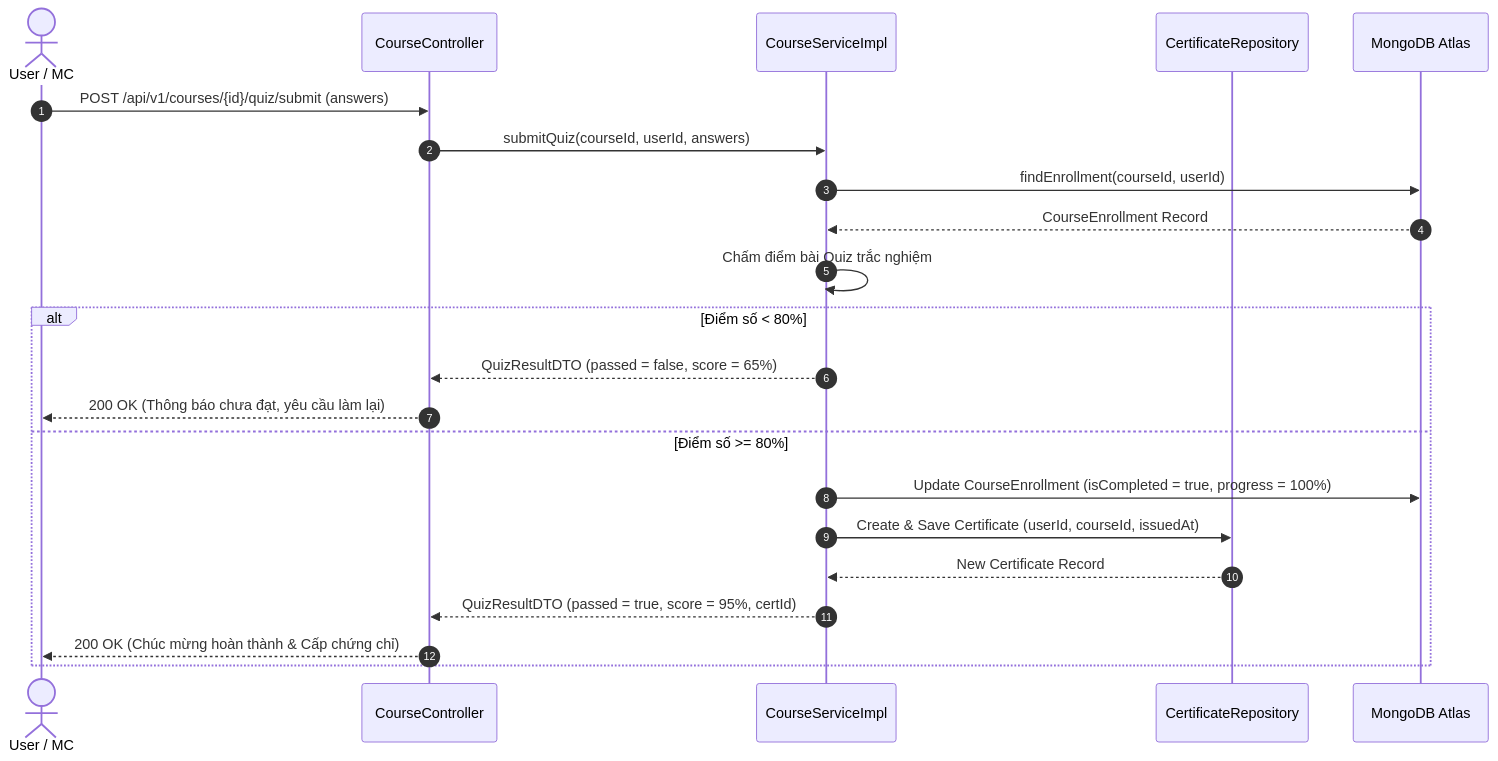
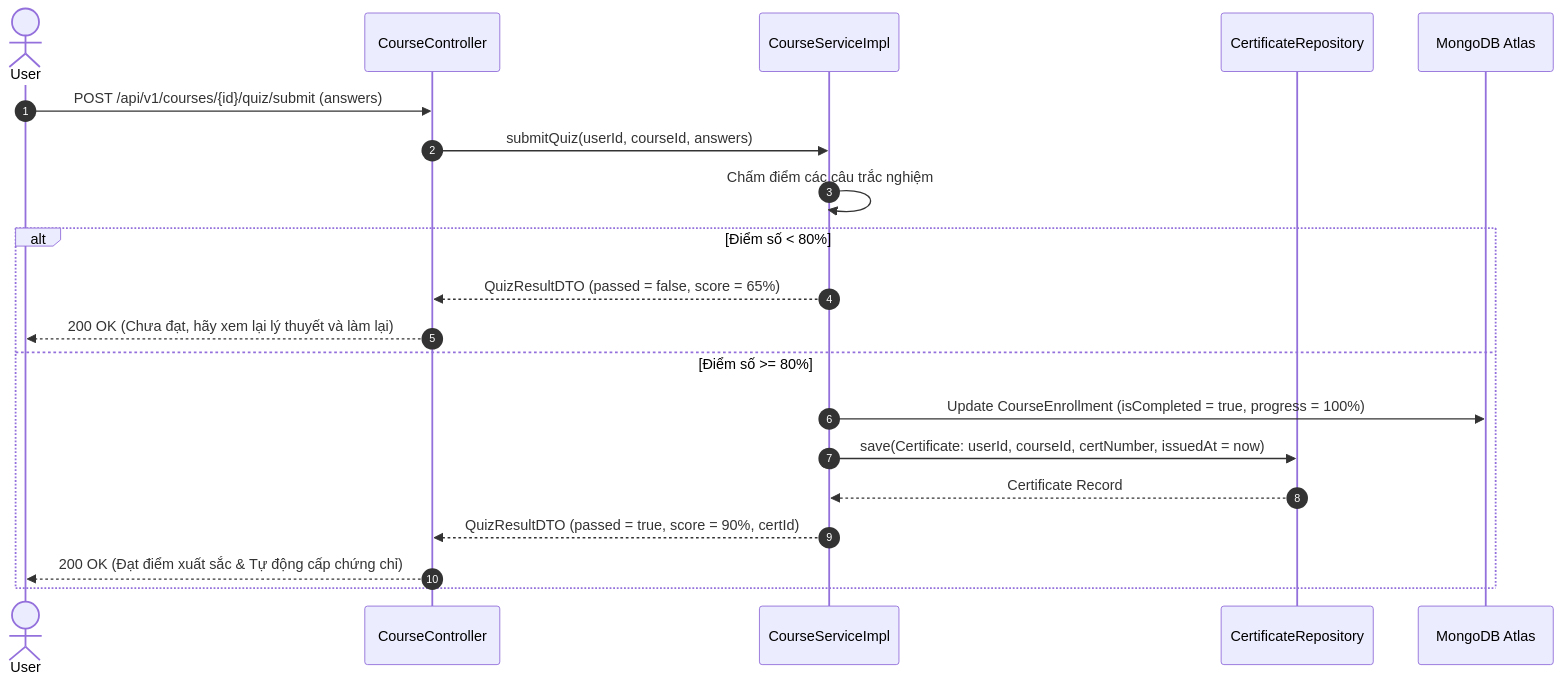
Before and after one commit to The-MC-Hub/MC_Voice_Training_Backend: the tenth of 10 diagrams in docs/use-cases/UC-04-courses-learning.md, drawn with Mermaid. The commit also changed other lines of this file and 12 other files, not shown here.

Commit message:
docs(use-cases): fully expand all sub-use-cases across all 13 UC files with dedicated Class Diagrams, Sequence Diagrams, and Unit Tests

````diff
--- a/docs/use-cases/UC-04-courses-learning.md
+++ b/docs/use-cases/UC-04-courses-learning.md
@@ -77,26 +202,24 @@
 ```mermaid
 sequenceDiagram
     autonumber
-    actor Student as User / MC
+    actor Student as User
     participant Controller as CourseController
     participant Service as CourseServiceImpl
     participant CertRepo as CertificateRepository
     participant DB as MongoDB Atlas
 
     Student->>Controller: POST /api/v1/courses/{id}/quiz/submit (answers)
-    Controller->>Service: submitQuiz(courseId, userId, answers)
-    Service->>DB: findEnrollment(courseId, userId)
-    DB-->>Service: CourseEnrollment Record
+    Controller->>Service: submitQuiz(userId, courseId, answers)
+    Service->>Service: Chấm điểm các câu trắc nghiệm
     
-    Service->>Service: Chấm điểm bài Quiz trắc nghiệm
     alt Điểm số < 80%
         Service-->>Controller: QuizResultDTO (passed = false, score = 65%)
-        Controller-->>Student: 200 OK (Thông báo chưa đạt, yêu cầu làm lại)
+        Controller-->>Student: 200 OK (Chưa đạt, hãy xem lại lý thuyết và làm lại)
     else Điểm số >= 80%
         Service->>DB: Update CourseEnrollment (isCompleted = true, progress = 100%)
-        Service->>CertRepo: Create & Save Certificate (userId, courseId, issuedAt)
-        CertRepo-->>Service: New Certificate Record
-        Service-->>Controller: QuizResultDTO (passed = true, score = 95%, certId)
-        Controller-->>Student: 200 OK (Chúc mừng hoàn thành & Cấp chứng chỉ)
+        Service->>CertRepo: save(Certificate: userId, courseId, certNumber, issuedAt = now)
+        CertRepo-->>Service: Certificate Record
+        Service-->>Controller: QuizResultDTO (passed = true, score = 90%, certId)
+        Controller-->>Student: 200 OK (Đạt điểm xuất sắc & Tự động cấp chứng chỉ)
     end
 ```
````
